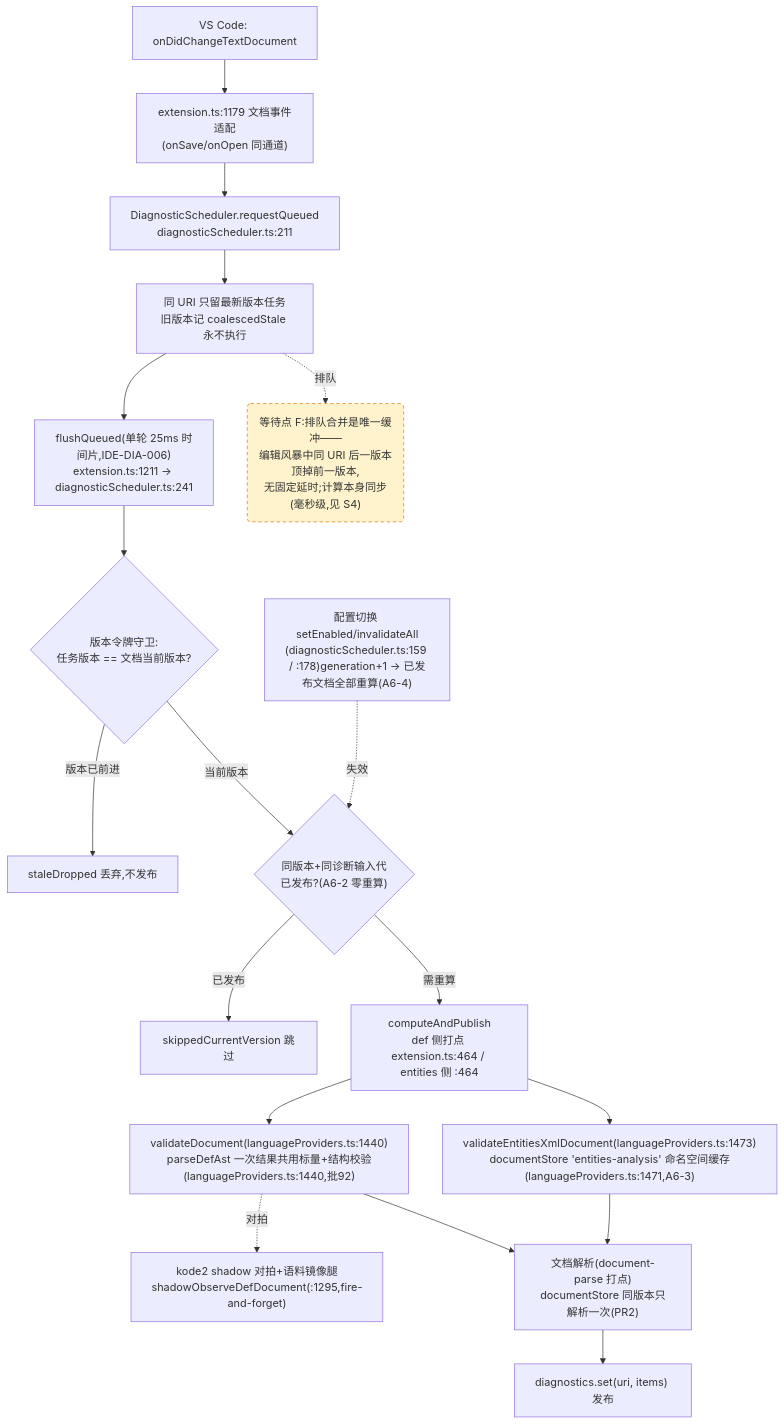
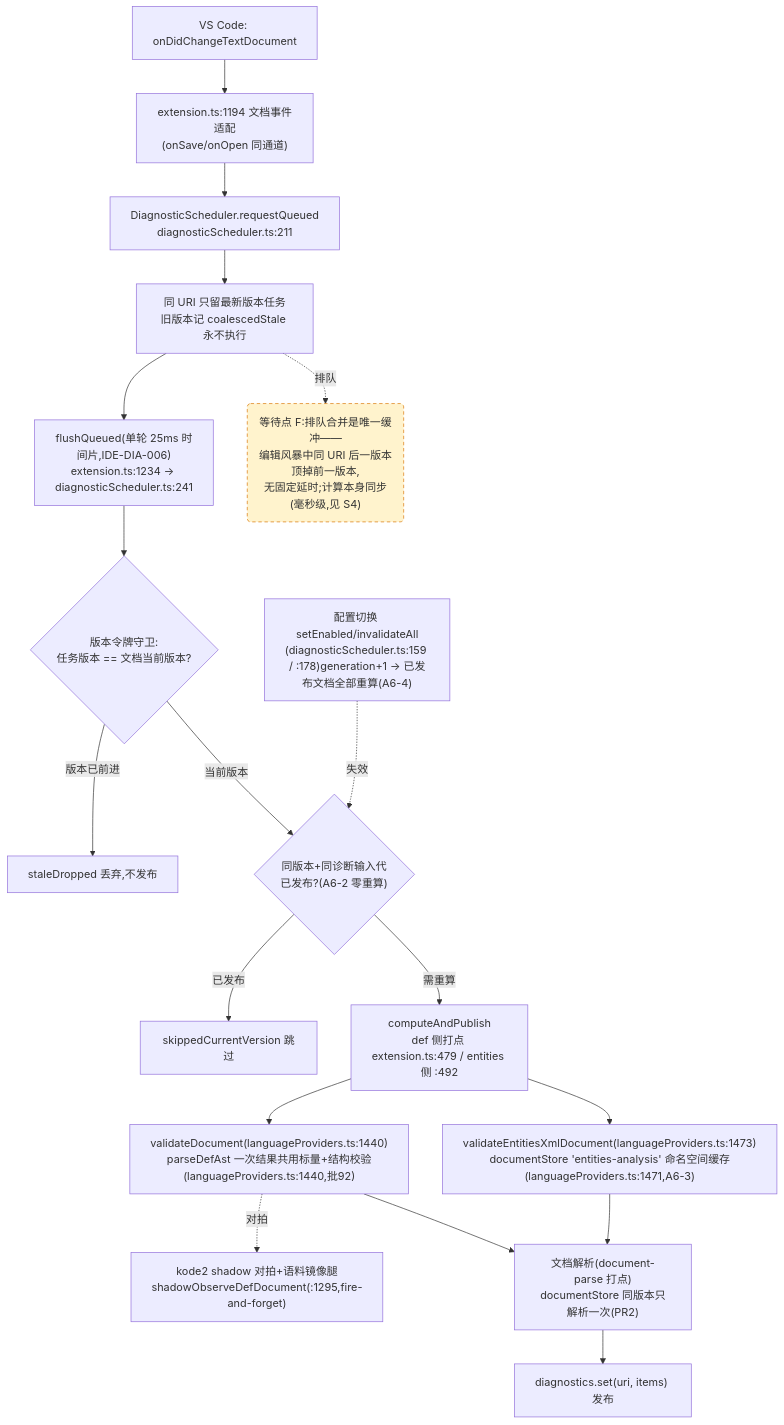
The fourth of 4 diagrams in docs/perf/2026-baseline.md (cuihairu/kode), drawn with Mermaid before and after one commit. The commit also changed other lines of this file and 12 other files, not shown here.

````diff
--- a/docs/perf/2026-baseline.md
+++ b/docs/perf/2026-baseline.md
@@ -214,38 +214,38 @@
 ```mermaid
 flowchart TD
   CHG["VS Code: onDidChangeTextDocument"]
-  WATCH["extension.ts:1179 文档事件适配<br/>(onSave/onOpen 同通道)"]
+  WATCH["extension.ts:1194 文档事件适配<br/>(onSave/onOpen 同通道)"]
   RQ["DiagnosticScheduler.requestQueued<br/>diagnosticScheduler.ts:211"]
   CO["同 URI 只留最新版本任务<br/>旧版本记 coalescedStale 永不执行"]
-  FL["flushQueued(单轮 25ms 时间片,IDE-DIA-006)<br/>extension.ts:1211 → diagnosticScheduler.ts:241"]
+  FL["flushQueued(单轮 25ms 时间片,IDE-DIA-006)<br/>extension.ts:1234 → diagnosticScheduler.ts:241"]
   VG{"版本令牌守卫:<br/>任务版本 == 文档当前版本?"}
   DROP["staleDropped 丢弃,不发布"]
   GEN{"同版本+同诊断输入代<br/>已发布?(A6-2 零重算)"}
   SKIP["skippedCurrentVersion 跳过"]
-  CALC["computeAndPublish<br/>def 侧打点 extension.ts:464 / entities 侧 :464"]
+  CALC["computeAndPublish<br/>def 侧打点 extension.ts:479 / entities 侧 :492"]
   VD["validateDocument(languageProviders.ts:1440)<br/>parseDefAst 一次结果共用标量+结构校验(languageProviders.ts:1440,批92)"]
   VEX["validateEntitiesXmlDocument(languageProviders.ts:1473)<br/>documentStore 'entities-analysis' 命名空间缓存(languageProviders.ts:1471,A6-3)"]
   SHDD["kode2 shadow 对拍+语料镜像腿<br/>shadowObserveDefDocument(:1295,fire-and-forget)"]
   DS["文档解析(document-parse 打点)<br/>documentStore 同版本只解析一次(PR2)"]
   PUB["diagnostics.set(uri, items) 发布"]
   CFG2["配置切换 setEnabled/invalidateAll<br/>(diagnosticScheduler.ts:159 / :178)generation+1 → 已发布文档全部重算(A6-4)"]
 
   CHG --> WATCH --> RQ --> CO --> FL --> VG
   VG -- "版本已前进" --> DROP
   VG -- "当前版本" --> GEN
   GEN -- "已发布" --> SKIP
   GEN -- "需重算" --> CALC
   CALC --> VD
   CALC --> VEX
   VD --> DS
   VEX --> DS
   DS --> PUB
   VD -.->|对拍| SHDD
   CFG2 -.->|失效| GEN
 
   WAITF("等待点 F:排队合并是唯一缓冲——<br/>编辑风暴中同 URI 后一版本顶掉前一版本,<br/>无固定延时;计算本身同步(毫秒级,见 S4)")
   CO -.->|排队| WAITF
 
   classDef waitPoint fill:#fff3cd,stroke:#d97706,stroke-dasharray:5 4;
   class WAITF waitPoint;
 ```
````
